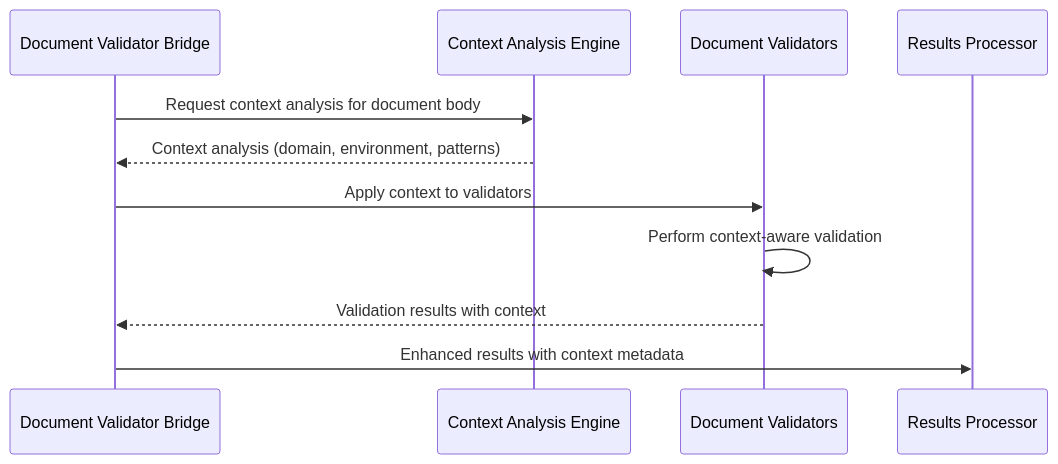
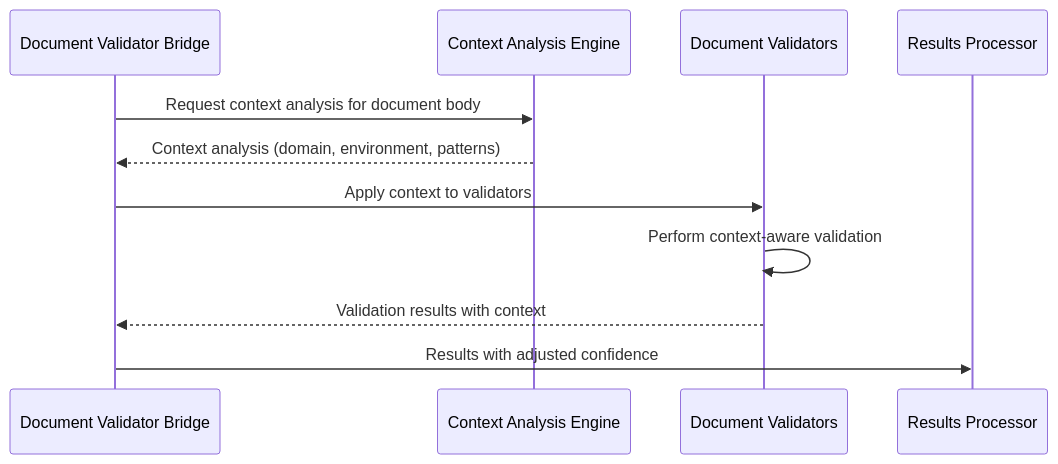
Before and after one commit to awslabs/ferret-scan: the third of 5 diagrams in docs/development/context-analysis-integration.md, drawn with Mermaid. The commit also changed other lines of this file and 9 other files, not shown here.

````diff
--- a/docs/development/context-analysis-integration.md
+++ b/docs/development/context-analysis-integration.md
@@ -209,14 +209,14 @@
 ```mermaid
 sequenceDiagram
     participant DVB as Document Validator Bridge
     participant CAE as Context Analysis Engine
     participant DV as Document Validators
     participant RP as Results Processor
 
     DVB->>CAE: Request context analysis for document body
     CAE-->>DVB: Context analysis (domain, environment, patterns)
     DVB->>DV: Apply context to validators
     DV->>DV: Perform context-aware validation
     DV-->>DVB: Validation results with context
-    DVB->>RP: Enhanced results with context metadata
+    DVB->>RP: Results with adjusted confidence
 ```
````
